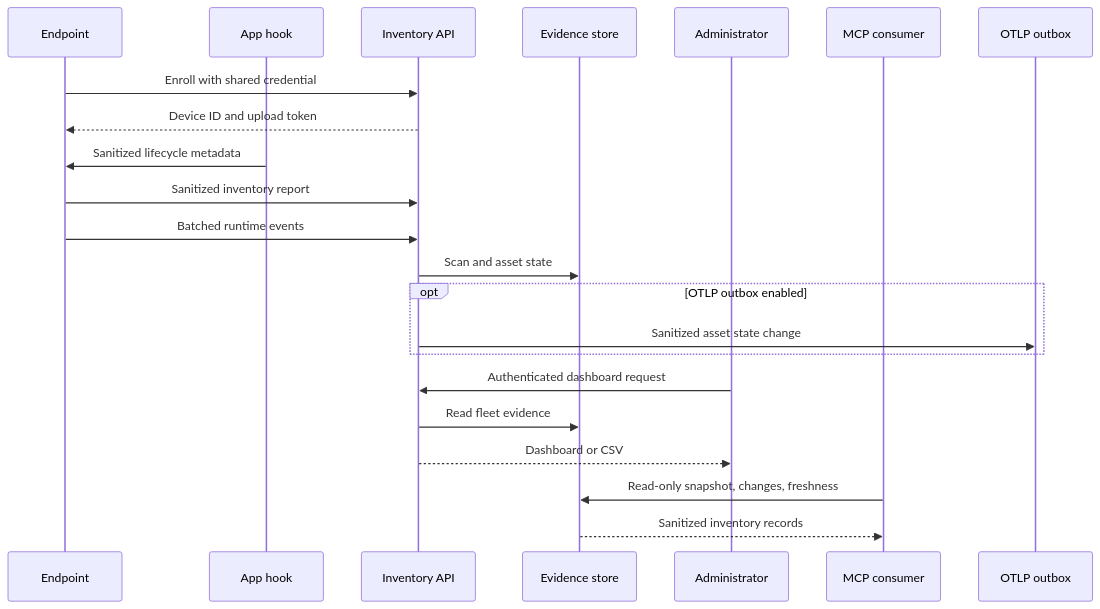
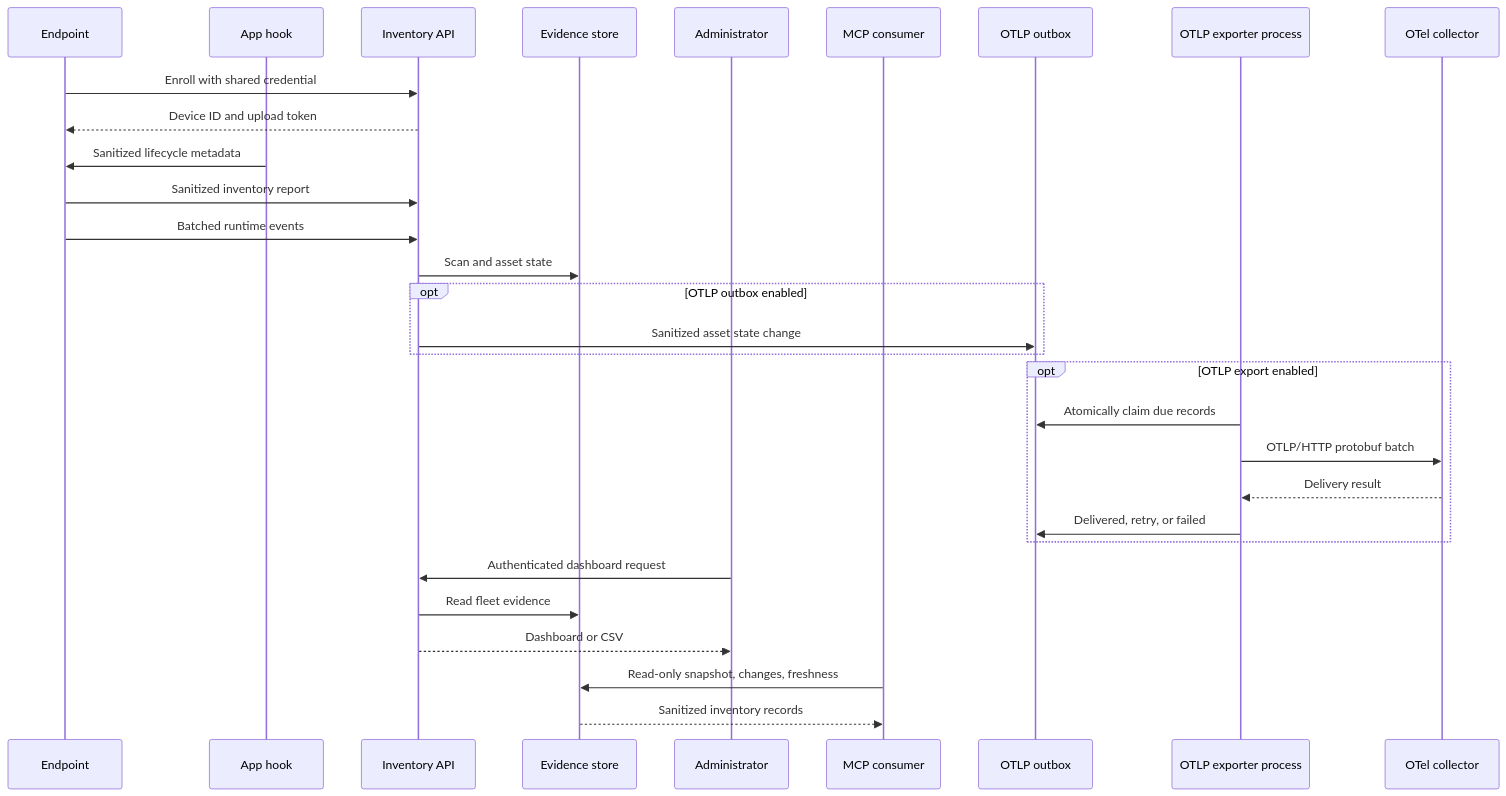
The diagram in docs/architecture.md (edgedisco/edgedisco), drawn with Mermaid before and after one commit. The commit also changed other lines of this file and 16 other files, not shown here.

Commit message:
Add supervised OTLP logs exporter

````diff
--- a/docs/architecture.md
+++ b/docs/architecture.md
@@ -65,24 +71,32 @@
 ```mermaid
 sequenceDiagram
   participant E as Endpoint
   participant H as App hook
   participant API as Inventory API
   participant DB as Evidence store
   participant A as Administrator
   participant M as MCP consumer
   participant O as OTLP outbox
+  participant X as OTLP exporter process
+  participant C as OTel collector
   E->>API: Enroll with shared credential
   API-->>E: Device ID and upload token
   H->>E: Sanitized lifecycle metadata
   E->>API: Sanitized inventory report
   E->>API: Batched runtime events
   API->>DB: Scan and asset state
   opt OTLP outbox enabled
     API->>O: Sanitized asset state change
   end
+  opt OTLP export enabled
+    X->>O: Atomically claim due records
+    X->>C: OTLP/HTTP protobuf batch
+    C-->>X: Delivery result
+    X->>O: Delivered, retry, or failed
+  end
   A->>API: Authenticated dashboard request
   API->>DB: Read fleet evidence
   API-->>A: Dashboard or CSV
   M->>DB: Read-only snapshot, changes, freshness
   DB-->>M: Sanitized inventory records
 ```
````
